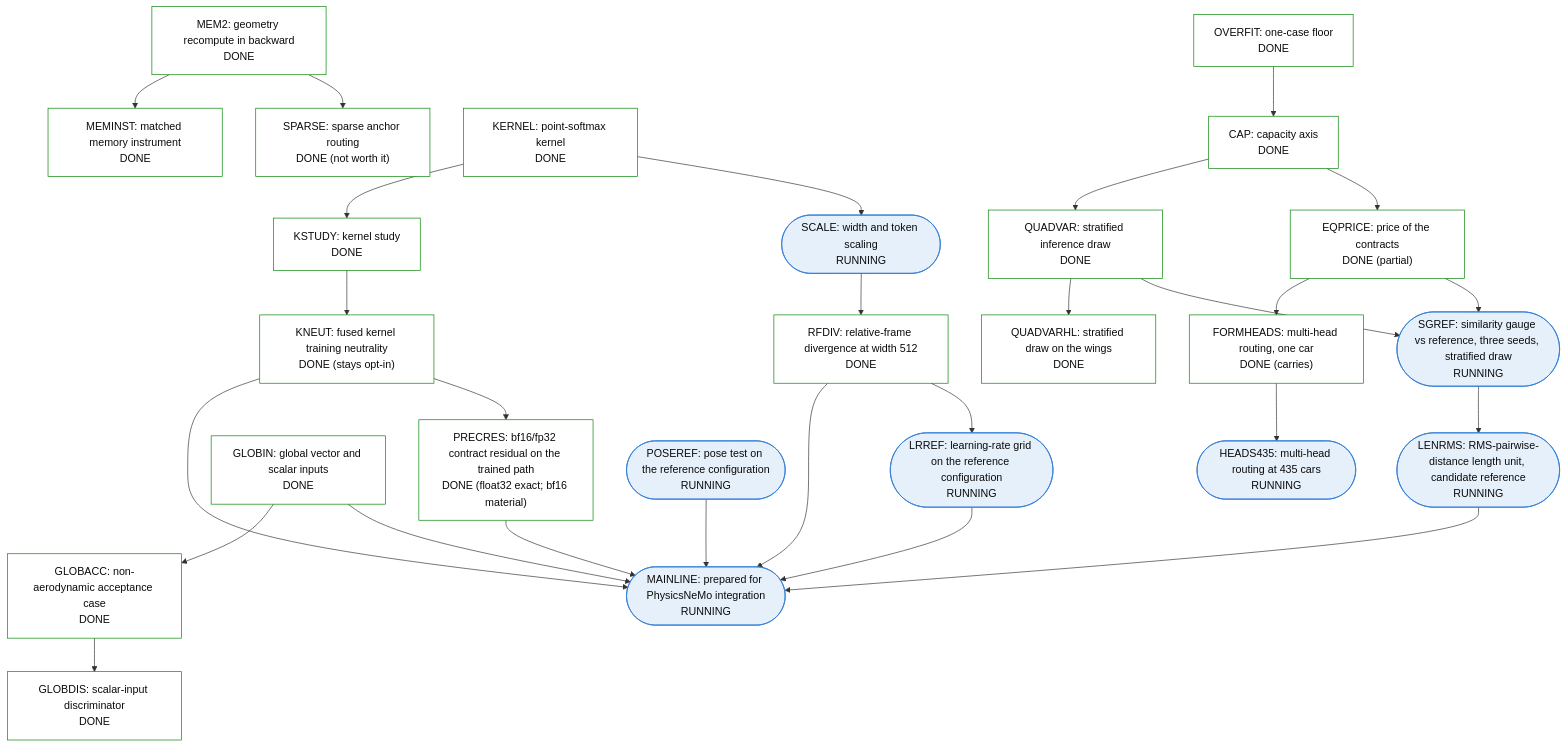
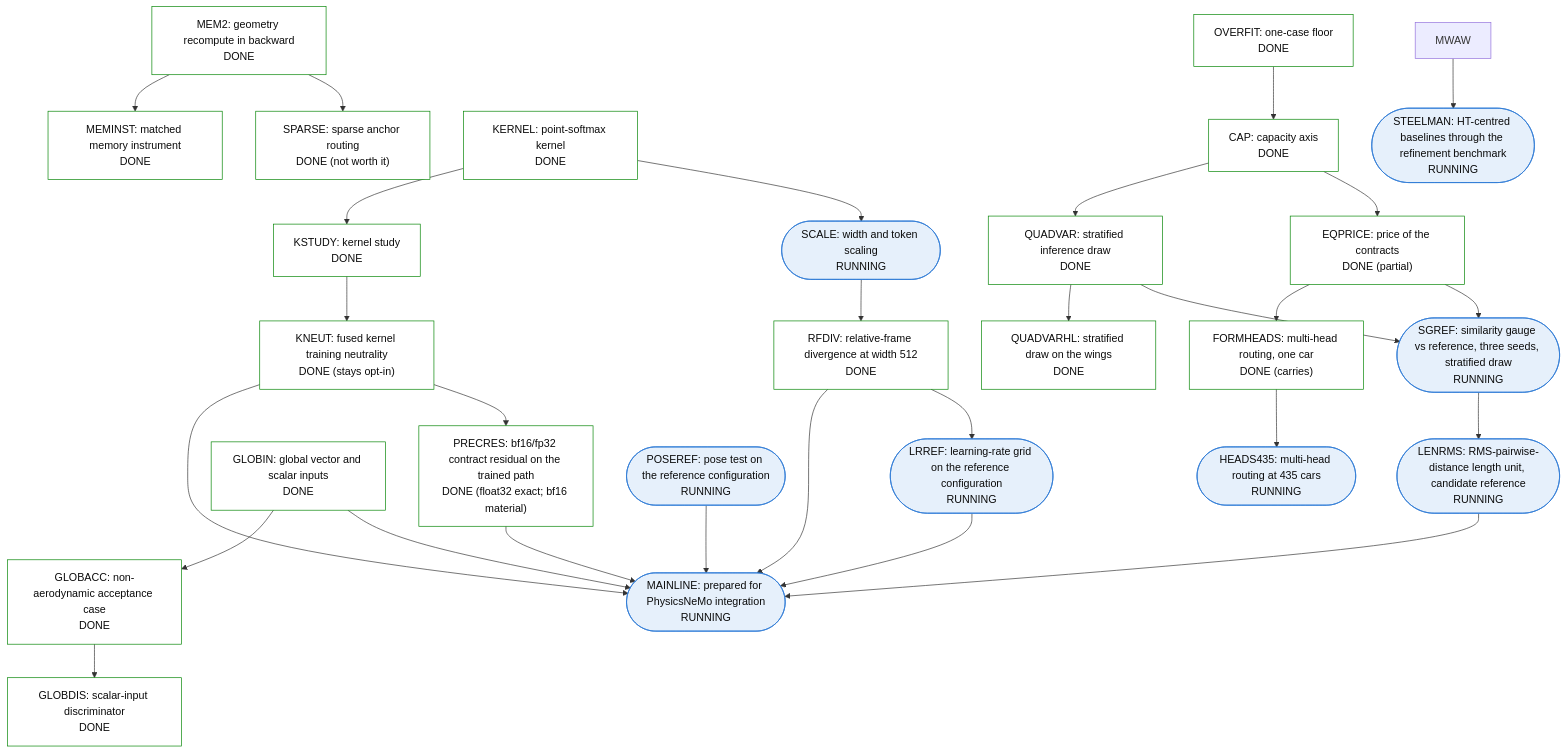
Before and after one commit to peterdsharpe/physicsnemo: the fifth of 5 diagrams in examples/cfd/mesh_transformer/book/13-program-status.qmd, drawn with Mermaid. The commit also changed other lines of this file and 1 other file, not shown here.

Commit message:
Notebook: STEELMAN preregistration (the Horvitz-Thompson-centred, measure-weighted baselines through the refinement benchmark: consistent / partially consistent / inconsistent bars at 40,000 cells; uniform accuracy within 1% of the released GeoTransolver); node and ledger row RUNNING

````diff
--- a/examples/cfd/mesh_transformer/book/13-program-status.qmd
+++ b/examples/cfd/mesh_transformer/book/13-program-status.qmd
@@ -281,61 +281,63 @@
 ```{mermaid}
 %%| fig-cap: >
 %%|   Sub-tree 5: cost, scale, deficit anatomy and mainline. HEADS435 is the
 %%|   one node RUNNING with a bar that could change the reference
 %%|   configuration; MAINLINE is the productization node.
 flowchart TB
     classDef done fill:#ffffff,stroke:#008300,color:#0b0b0b
     classDef running fill:#e6f0fb,stroke:#2a78d6,color:#0b0b0b
     classDef planned fill:#ffffff,stroke:#898781,color:#0b0b0b,stroke-dasharray:4 3
     classDef stopped fill:#f4f3ee,stroke:#52514e,color:#0b0b0b
     MEM2["MEM2: geometry recompute in backward<br/>DONE"]:::done
     MEMINST["MEMINST: matched memory instrument<br/>DONE"]:::done
     SPARSE["SPARSE: sparse anchor routing<br/>DONE (not worth it)"]:::done
     KERNEL["KERNEL: point-softmax kernel<br/>DONE"]:::done
     KSTUDY["KSTUDY: kernel study<br/>DONE"]:::done
     KNEUT["KNEUT: fused kernel training neutrality<br/>DONE (stays opt-in)"]:::done
     SCALE(["SCALE: width and token scaling<br/>RUNNING"]):::running
     RFDIV["RFDIV: relative-frame divergence at width 512<br/>DONE"]:::done
     OVERFIT["OVERFIT: one-case floor<br/>DONE"]:::done
     CAP["CAP: capacity axis<br/>DONE"]:::done
     QUADVAR["QUADVAR: stratified inference draw<br/>DONE"]:::done
     QUADVARHL["QUADVARHL: stratified draw on the wings<br/>DONE"]:::done
     EQPRICE["EQPRICE: price of the contracts<br/>DONE (partial)"]:::done
     FORMHEADS["FORMHEADS: multi-head routing, one car<br/>DONE (carries)"]:::done
     HEADS435(["HEADS435: multi-head routing at 435 cars<br/>RUNNING"]):::running
     GLOBIN["GLOBIN: global vector and scalar inputs<br/>DONE"]:::done
     GLOBACC["GLOBACC: non-aerodynamic acceptance case<br/>DONE"]:::done
     GLOBDIS["GLOBDIS: scalar-input discriminator<br/>DONE"]:::done
     MAINLINE(["MAINLINE: prepared for PhysicsNeMo integration<br/>RUNNING"]):::running
     PRECRES["PRECRES: bf16/fp32 contract residual on the trained path<br/>DONE (float32 exact; bf16 material)"]:::done
     SGREF(["SGREF: similarity gauge vs reference, three seeds, stratified draw<br/>RUNNING"]):::running
     POSEREF(["POSEREF: pose test on the reference configuration<br/>RUNNING"]):::running
     LRREF(["LRREF: learning-rate grid on the reference configuration<br/>RUNNING"]):::running
     LENRMS(["LENRMS: RMS-pairwise-distance length unit, candidate reference<br/>RUNNING"]):::running
+    STEELMAN(["STEELMAN: HT-centred baselines through the refinement benchmark<br/>RUNNING"]):::running
     MEM2 --> MEMINST
     MEM2 --> SPARSE
     KERNEL --> KSTUDY
     KSTUDY --> KNEUT
     KERNEL --> SCALE
     SCALE --> RFDIV
     OVERFIT --> CAP
     CAP --> QUADVAR
     QUADVAR --> QUADVARHL
     CAP --> EQPRICE
     EQPRICE --> FORMHEADS
     FORMHEADS --> HEADS435
     GLOBIN --> GLOBACC
     GLOBACC --> GLOBDIS
     GLOBIN --> MAINLINE
     RFDIV --> MAINLINE
     KNEUT --> MAINLINE
     KNEUT --> PRECRES
     PRECRES --> MAINLINE
     QUADVAR --> SGREF
     EQPRICE --> SGREF
     RFDIV --> LRREF
     POSEREF --> MAINLINE
     LRREF --> MAINLINE
     SGREF --> LENRMS
     LENRMS --> MAINLINE
+    MWAW --> STEELMAN
 ```
````
